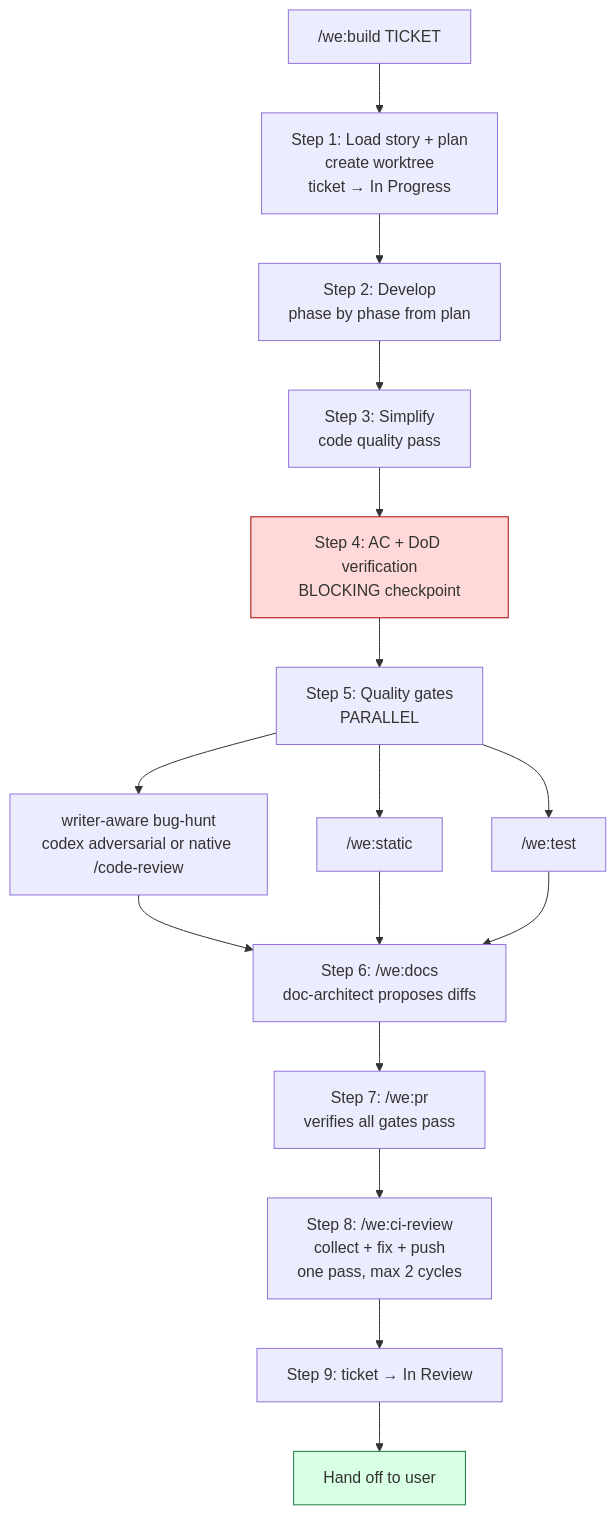
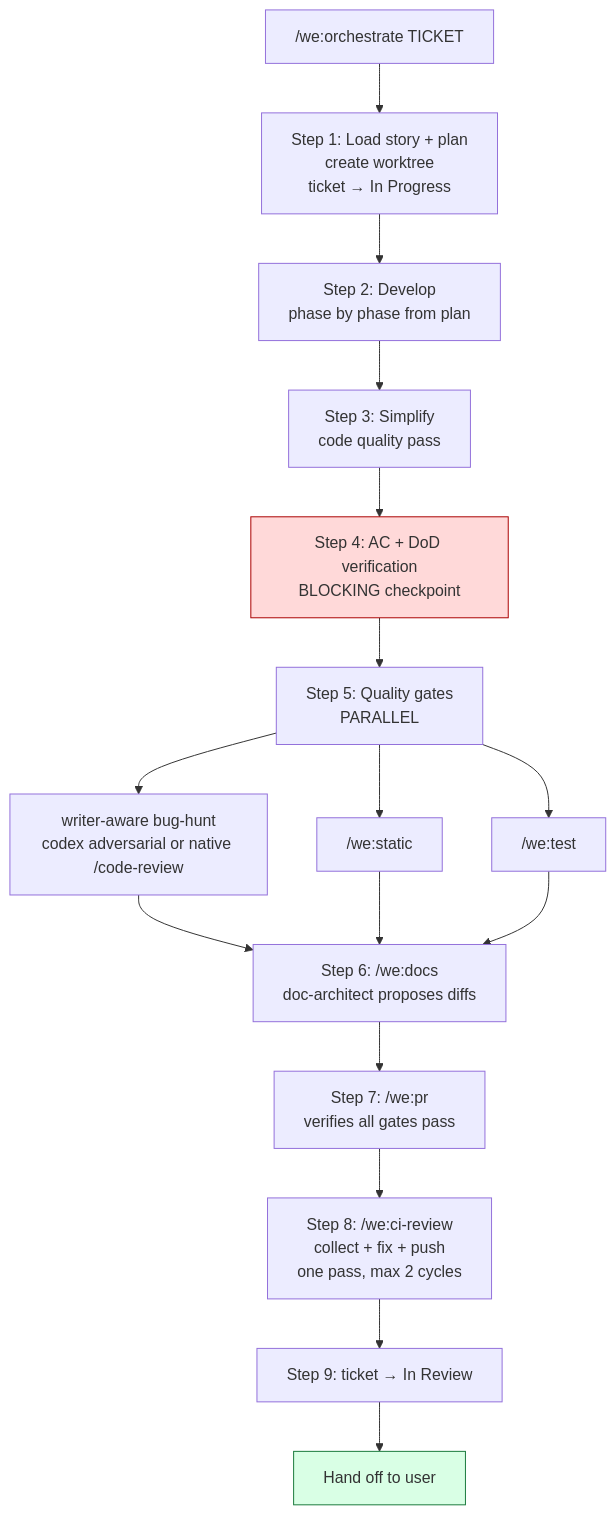
The second of 4 diagrams in docs/workflow.md (weside-ai/claude-code-plugin), drawn with Mermaid before and after one commit. The commit also changed other lines of this file and 38 other files, not shown here.

````diff
--- a/docs/workflow.md
+++ b/docs/workflow.md
@@ -81,19 +81,19 @@
 ```mermaid
 flowchart TB
-    Start["/we:build TICKET"] --> DoR[Step 1: Load story + plan<br/>create worktree<br/>ticket → In Progress]
+    Start["/we:orchestrate TICKET"] --> DoR[Step 1: Load story + plan<br/>create worktree<br/>ticket → In Progress]
     DoR --> Dev[Step 2: Develop<br/>phase by phase from plan]
     Dev --> Simp[Step 3: Simplify<br/>code quality pass]
     Simp --> AC[Step 4: AC + DoD verification<br/>BLOCKING checkpoint]
     AC --> Gates[Step 5: Quality gates<br/>PARALLEL]
     Gates --> Review["writer-aware bug-hunt<br/>codex adversarial or native /code-review"]
     Gates --> Static["/we:static"]
     Gates --> Test["/we:test"]
     Review & Static & Test --> Docs[Step 6: /we:docs<br/>doc-architect proposes diffs]
     Docs --> PR[Step 7: /we:pr<br/>verifies all gates pass]
     PR --> CI[Step 8: /we:ci-review<br/>collect + fix + push<br/>one pass, max 2 cycles]
     CI --> Verify[Step 9: ticket → In Review]
     Verify --> Hand[Hand off to user]
 
     style AC fill:#ffd9d9,stroke:#aa0000
     style Hand fill:#d9ffe5,stroke:#1a7a3c
 ```
````
